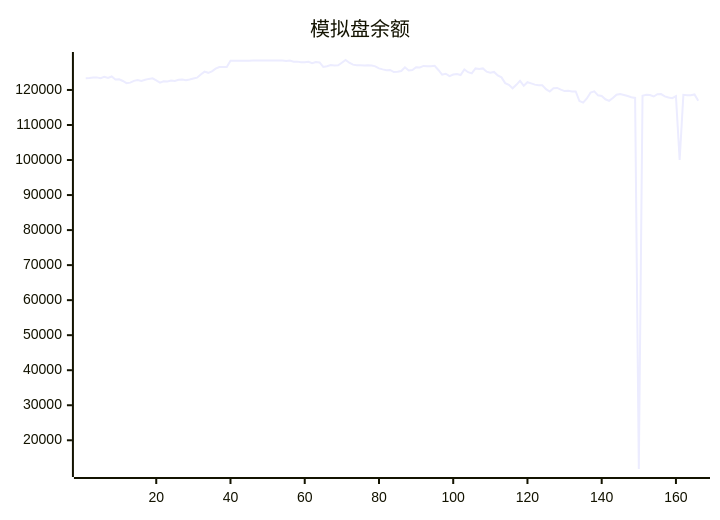
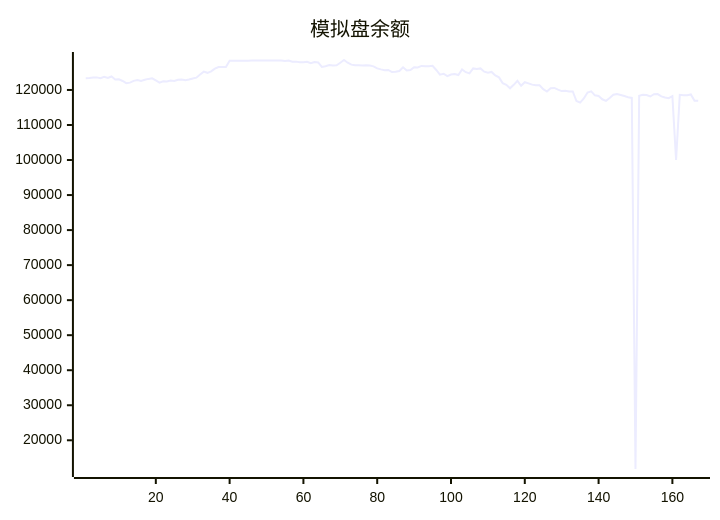
Before and after one commit to aahl/ai-trading: the diagram in README.md, drawn with Mermaid. The commit also changed other lines of this file and 1 other file, not shown here.

````diff
--- a/README.md
+++ b/README.md
@@ -5,5 +5,5 @@
 ```mermaid
 xychart
     title "模拟盘余额"
-    line [123338,123402,123530,123592,123378,123745,123413,123853,123009,123040,122557,121938,122095,122599,122856,122597,122898,123160,123319,122719,122087,122454,122416,122685,122592,122907,122961,122776,122981,123295,123507,124403,125224,124894,125303,126088,126544,126534,126549,128335,128318,128318,128318,128318,128318,128424,128424,128424,128424,128424,128424,128424,128424,128424,128247,128412,128062,128087,127917,127901,128026,127611,128000,127850,126572,126770,127100,126971,127029,127783,128554,127765,127224,127064,127044,127009,127025,127004,126738,126152,125871,125635,125707,125117,125217,125420,126480,125545,125715,126511,126424,126856,126764,126788,126890,125710,124381,124632,123936,124402,124574,124256,125833,125070,124739,126154,125966,126145,125213,124943,125143,124157,123604,121959,121476,120476,121470,122610,121201,122221,121889,121522,121332,121344,120232,119559,120513,120577,120108,119680,119777,119572,119568,116839,116392,117573,119250,119585,118469,118277,117338,116897,117706,118628,118849,118579,118280,117926,117735,11802,118373,118639,118544,118136,118798,118819,118162,117874,117649,118215,100000,118601,118463,118517,118713,116911]
+    line [123338,123402,123530,123592,123378,123745,123413,123853,123009,123040,122557,121938,122095,122599,122856,122597,122898,123160,123319,122719,122087,122454,122416,122685,122592,122907,122961,122776,122981,123295,123507,124403,125224,124894,125303,126088,126544,126534,126549,128335,128318,128318,128318,128318,128318,128424,128424,128424,128424,128424,128424,128424,128424,128424,128247,128412,128062,128087,127917,127901,128026,127611,128000,127850,126572,126770,127100,126971,127029,127783,128554,127765,127224,127064,127044,127009,127025,127004,126738,126152,125871,125635,125707,125117,125217,125420,126480,125545,125715,126511,126424,126856,126764,126788,126890,125710,124381,124632,123936,124402,124574,124256,125833,125070,124739,126154,125966,126145,125213,124943,125143,124157,123604,121959,121476,120476,121470,122610,121201,122221,121889,121522,121332,121344,120232,119559,120513,120577,120108,119680,119777,119572,119568,116839,116392,117573,119250,119585,118469,118277,117338,116897,117706,118628,118849,118579,118280,117926,117735,11802,118373,118639,118544,118136,118798,118819,118162,117874,117649,118215,100000,118601,118463,118517,118713,116911,116899]
 ```
````
